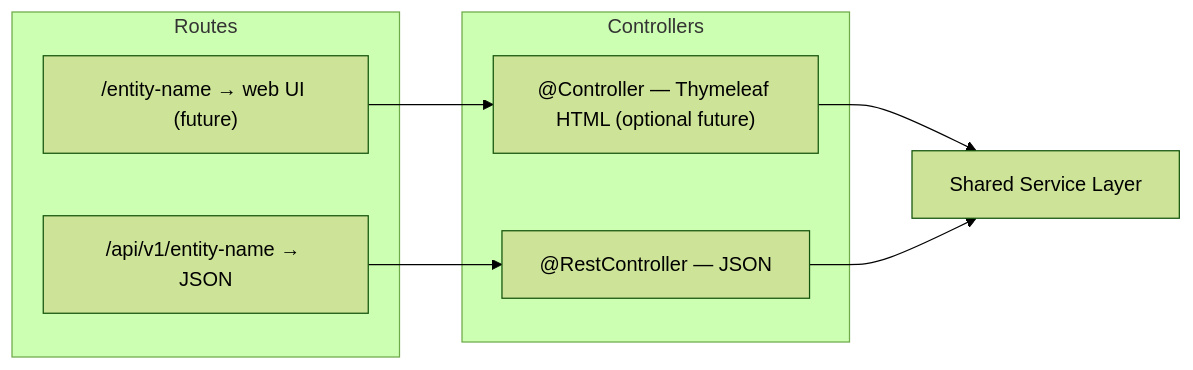
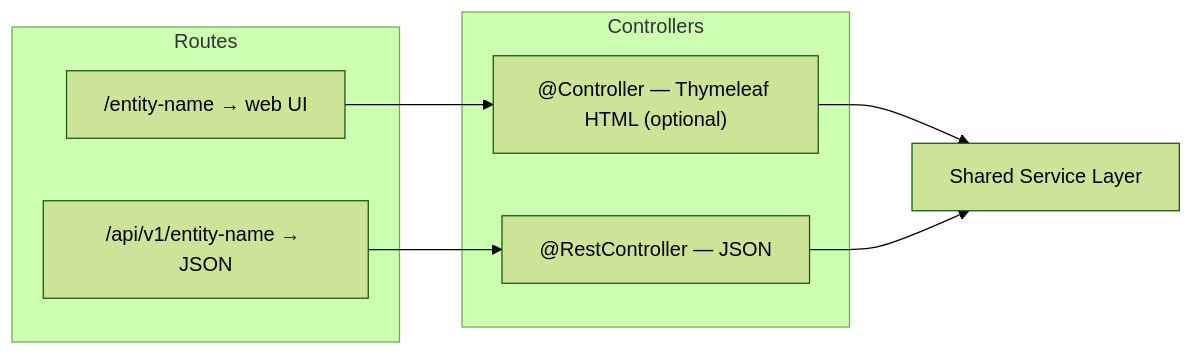
Before and after one commit to experiment001-on-secret-2500blobs129124/cpmss: the second of 3 diagrams in docs/ARCHITECTURE.md, drawn with Mermaid (forest theme). The commit also changed other lines of this file and 10 other files, not shown here.

````diff
--- a/docs/ARCHITECTURE.md
+++ b/docs/ARCHITECTURE.md
@@ -111,18 +110,18 @@
 ```mermaid
 flowchart LR
     subgraph Controllers
-        WC["@Controller — Thymeleaf HTML (optional future)"]
+        WC["@Controller — Thymeleaf HTML (optional)"]
         RC["@RestController — JSON"]
     end
 
     WC --> S["Shared Service Layer"]
     RC --> S
 
     subgraph Routes
-        R1["/entity-name → web UI (future)"]
+        R1["/entity-name → web UI"]
         R2["/api/v1/entity-name → JSON"]
     end
 
     R1 --> WC
     R2 --> RC
 ```
````
